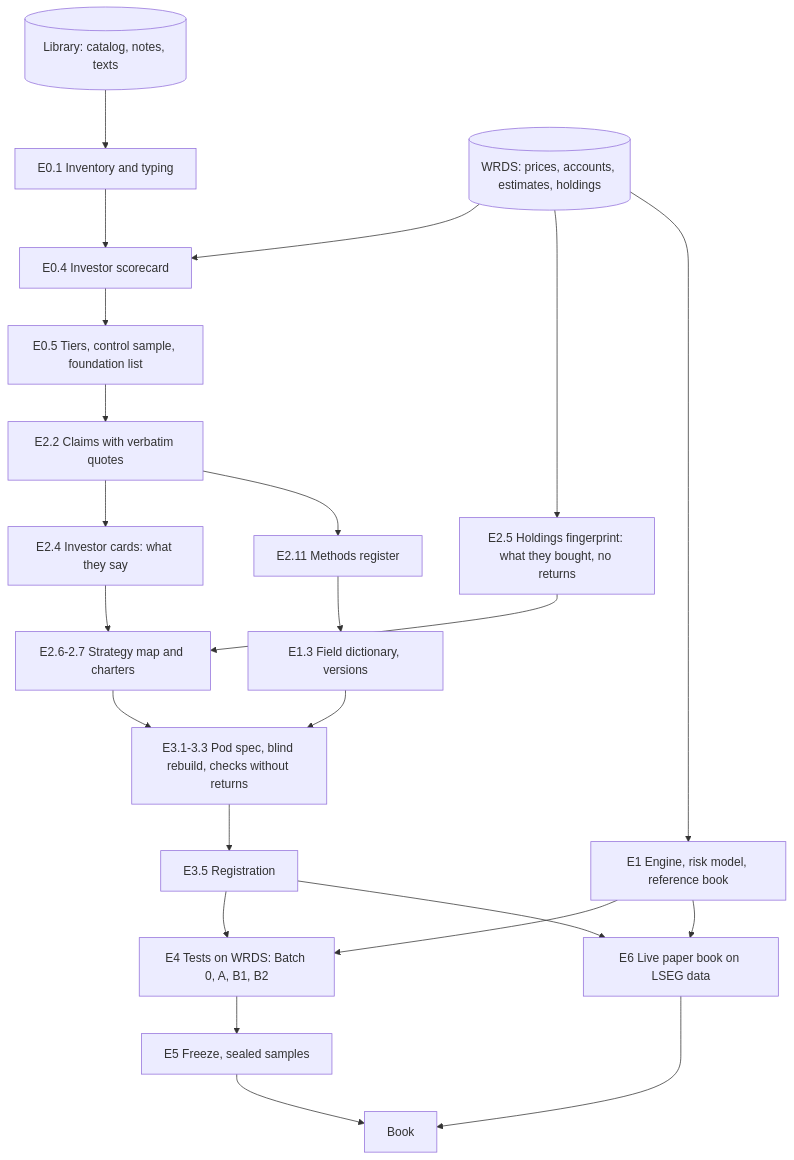
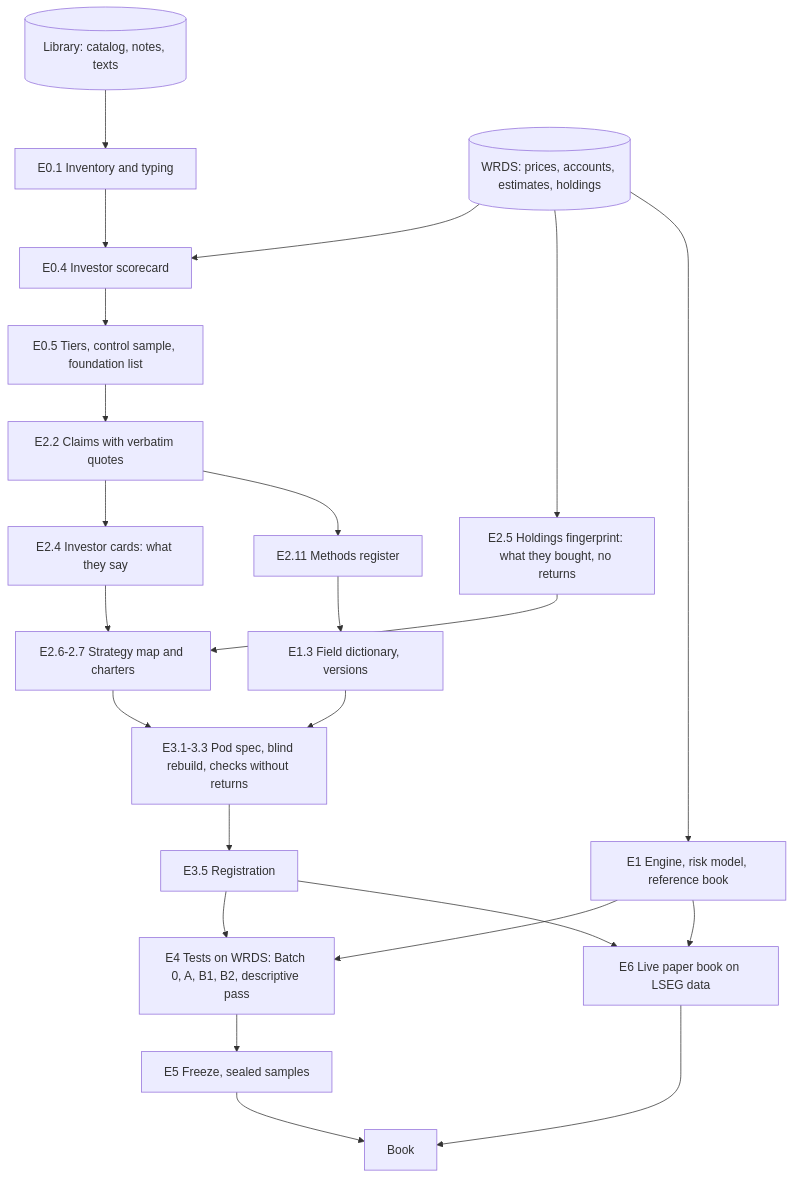
Before and after one commit to haing-dev/stock-screener: the diagram in docs/research/equity/EQUITY_POD_SHOP_PLAN_v0.3.md, drawn with Mermaid. The commit also changed other lines of this file and 3 other files, not shown here.

````diff
--- a/docs/research/equity/EQUITY_POD_SHOP_PLAN_v0.3.md
+++ b/docs/research/equity/EQUITY_POD_SHOP_PLAN_v0.3.md
@@ -67,23 +78,23 @@
 ```mermaid
 flowchart TD
   L[(Library: catalog, notes, texts)] --> I[E0.1 Inventory and typing]
   W[(WRDS: prices, accounts, estimates, holdings)] --> SC[E0.4 Investor scorecard]
   I --> SC --> T[E0.5 Tiers, control sample, foundation list]
   T --> C[E2.2 Claims with verbatim quotes]
   C --> K[E2.4 Investor cards: what they say]
   W --> H[E2.5 Holdings fingerprint: what they bought, no returns]
   C --> MR[E2.11 Methods register]
   K --> M[E2.6-2.7 Strategy map and charters]
   H --> M
   MR --> D[E1.3 Field dictionary, versions]
   M --> S[E3.1-3.3 Pod spec, blind rebuild, checks without returns]
   D --> S
   S --> R[E3.5 Registration]
   W --> E[E1 Engine, risk model, reference book]
-  E --> X[E4 Tests on WRDS: Batch 0, A, B1, B2]
+  E --> X[E4 Tests on WRDS: Batch 0, A, B1, B2, descriptive pass]
   R --> X --> Z[E5 Freeze, sealed samples]
   E --> LV[E6 Live paper book on LSEG data]
   R --> LV
   Z --> B[Book]
   LV --> B
 ```
````
